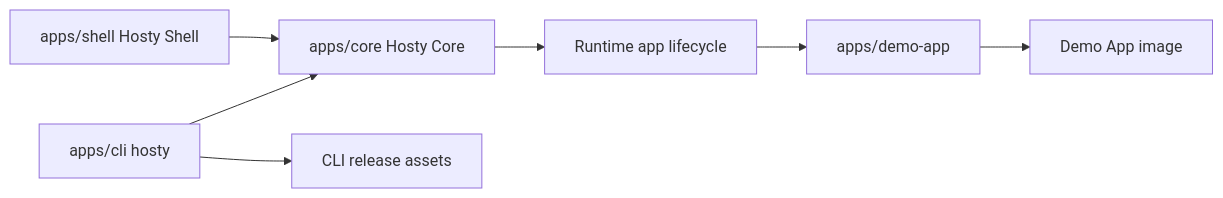
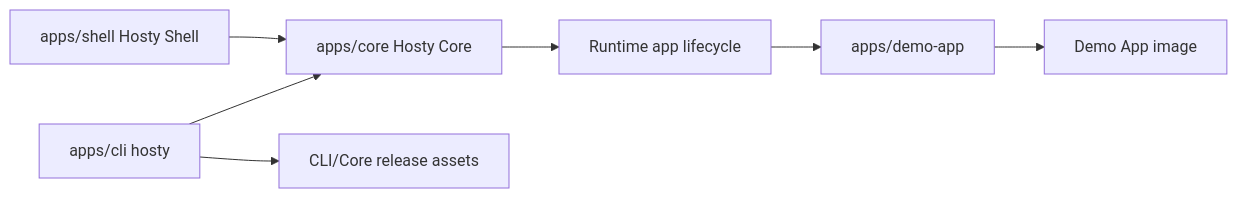
One commit to alex-de-haas/docker-host changed the diagram in docs/features/repository-release-model.md. Above: the diagram before and after it, drawn with Mermaid. The commit also changed other lines of this file and 17 other files, not shown here.

Commit message:
Publish Core artifacts alongside CLI releases

````diff
--- a/docs/features/repository-release-model.md
+++ b/docs/features/repository-release-model.md
@@ -20,9 +20,9 @@
 ```mermaid
 flowchart LR
   CLI["apps/cli hosty"] --> Core["apps/core Hosty Core"]
   Shell["apps/shell Hosty Shell"] --> Core
   Core --> Runtime["Runtime app lifecycle"]
   Runtime --> Demo["apps/demo-app"]
-  CLI --> Artifacts["CLI release assets"]
+  CLI --> Artifacts["CLI/Core release assets"]
   Demo --> DemoImage["Demo App image"]
 ```
````
